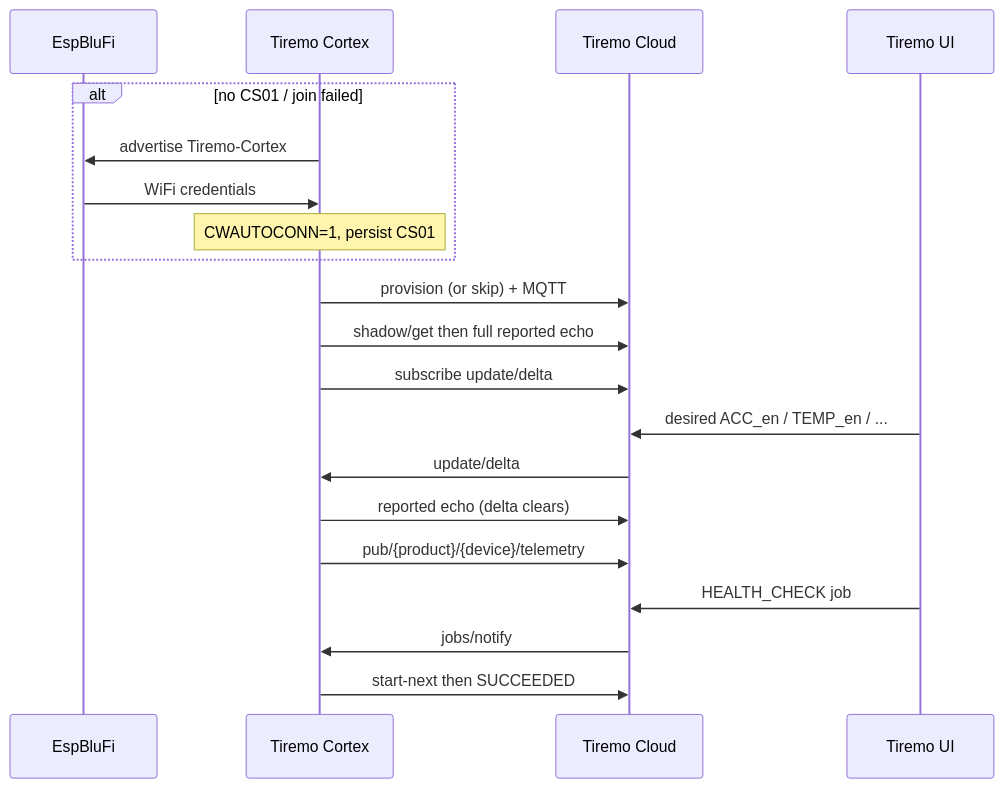
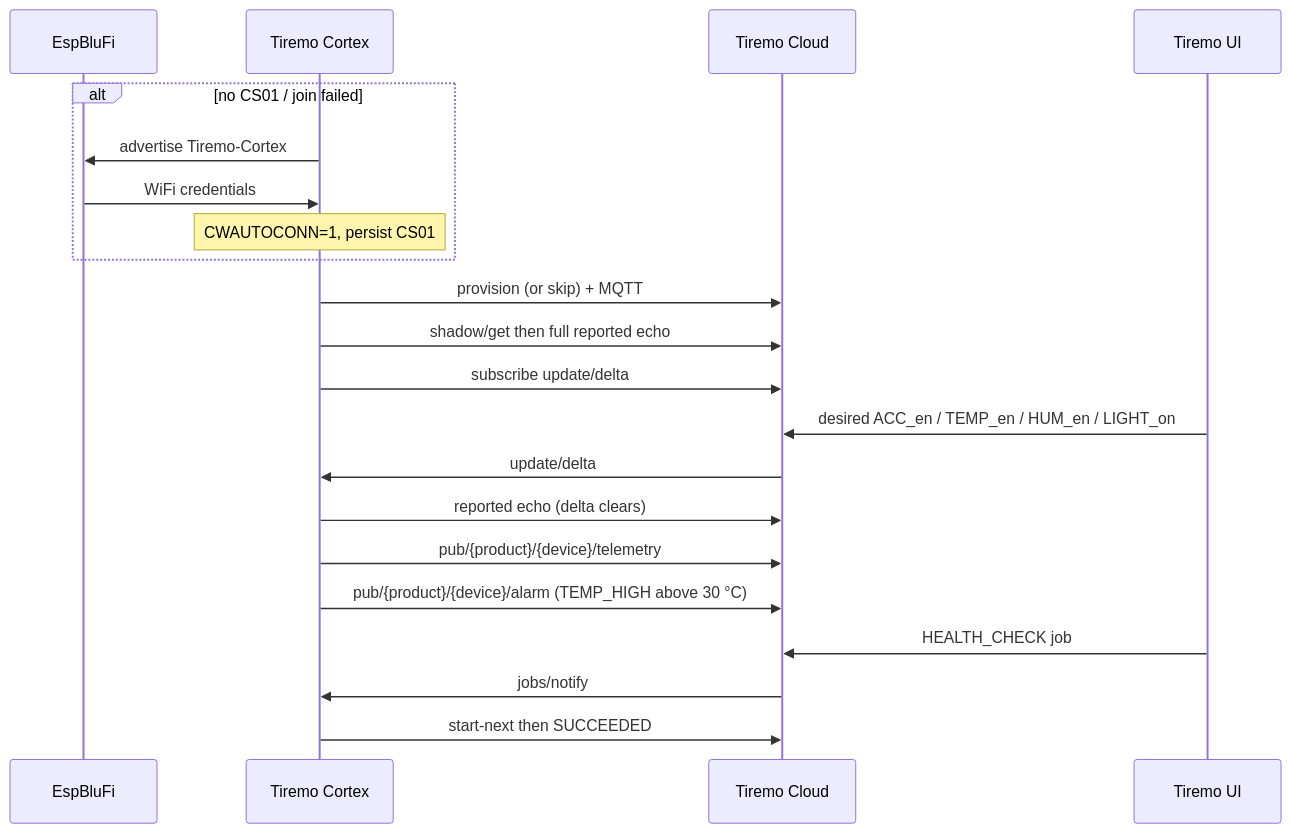
One commit to Empa-Electronics/Tiremo-Cortex-Tutorials changed the diagram in Tiremo_Cloud/Design_Tutorials/01-Sensor_Telemetry_And_Shadow_Control/README.md. Above: the diagram before and after it, drawn with Mermaid. The commit also changed other lines of this file and 18 other files, not shown here.

````diff
--- a/Tiremo_Cloud/Design_Tutorials/01-Sensor_Telemetry_And_Shadow_Control/README.md
+++ b/Tiremo_Cloud/Design_Tutorials/01-Sensor_Telemetry_And_Shadow_Control/README.md
@@ -44,23 +36,24 @@
 ```mermaid
 sequenceDiagram
     participant Phone as EspBluFi
     participant Board as Tiremo Cortex
     participant Cloud as Tiremo Cloud
     participant UI as Tiremo UI
 
     alt no CS01 / join failed
         Board->>Phone: advertise Tiremo-Cortex
         Phone->>Board: WiFi credentials
         Note over Board: CWAUTOCONN=1, persist CS01
     end
     Board->>Cloud: provision (or skip) + MQTT
     Board->>Cloud: shadow/get then full reported echo
     Board->>Cloud: subscribe update/delta
-    UI->>Cloud: desired ACC_en / TEMP_en / ...
+    UI->>Cloud: desired ACC_en / TEMP_en / HUM_en / LIGHT_on
     Cloud->>Board: update/delta
     Board->>Cloud: reported echo (delta clears)
     Board->>Cloud: pub/{product}/{device}/telemetry
+    Board->>Cloud: pub/{product}/{device}/alarm (TEMP_HIGH above 30 °C)
     UI->>Cloud: HEALTH_CHECK job
     Cloud->>Board: jobs/notify
     Board->>Cloud: start-next then SUCCEEDED
 ```
````
